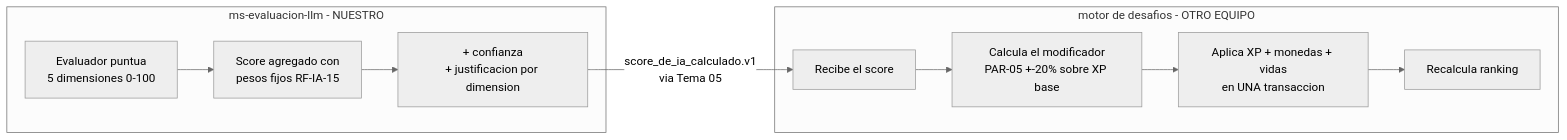
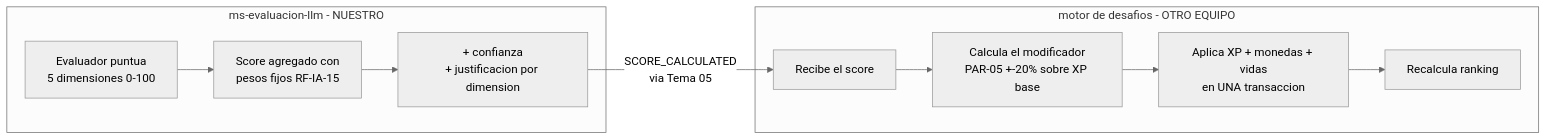
One commit to 114029-NietoLuchini-Lazaro/Doc-Tpi-Programacion changed the second of 2 diagrams in llm-service/docsV2/01-vision-alcance-y-entrega/01-problema-y-alcance.md. Above: the diagram before and after it, drawn with Mermaid (neutral theme). The commit also changed other lines of this file and 34 other files, not shown here.

````diff
--- a/llm-service/docsV2/01-vision-alcance-y-entrega/01-problema-y-alcance.md
+++ b/llm-service/docsV2/01-vision-alcance-y-entrega/01-problema-y-alcance.md
@@ -94,19 +94,19 @@
 ```mermaid
 flowchart LR
     subgraph ia["ms-evaluacion-llm - NUESTRO"]
         A["Evaluador puntua<br/>5 dimensiones 0-100"]
         B["Score agregado con<br/>pesos fijos RF-IA-15"]
         C["+ confianza<br/>+ justificacion por dimension"]
         A --> B --> C
     end
 
     subgraph core["motor de desafios - OTRO EQUIPO"]
         D["Recibe el score"]
         E["Calcula el modificador<br/>PAR-05 +-20% sobre XP base"]
         F["Aplica XP + monedas + vidas<br/>en UNA transaccion"]
         G["Recalcula ranking"]
         D --> E --> F --> G
     end
 
-    C -->|"score_de_ia_calculado.v1<br/>via Tema 05"| D
+    C -->|"SCORE_CALCULATED<br/>via Tema 05"| D
 ```
````
